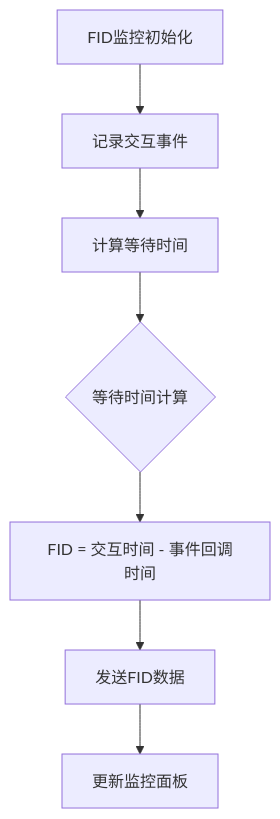
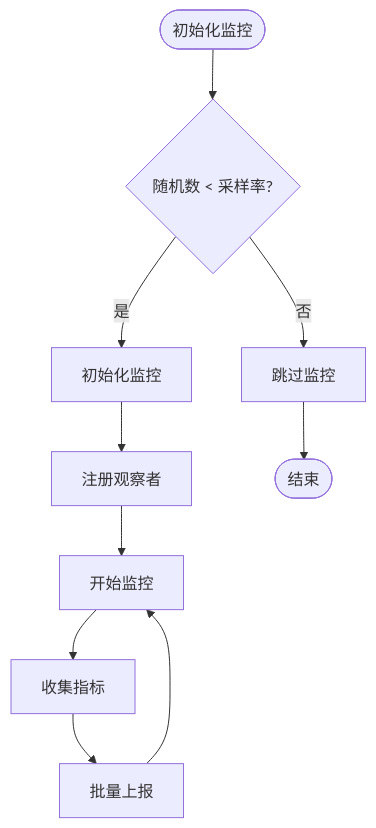
Before and after one commit to UnicornXU/knowledge-base: the seventh of 9 diagrams in .qoder/repowiki/zh/content/前端性能优化/性能监控.md, drawn with Mermaid. The commit also changed other lines of this file and 8 other files, not shown here.

````diff
--- a/.qoder/repowiki/zh/content/前端性能优化/性能监控.md
+++ b/.qoder/repowiki/zh/content/前端性能优化/性能监控.md
@@ -187,9 +278,12 @@
 ```mermaid
 flowchart TD
-A[FID监控初始化] --> B[记录交互事件]
-B --> C[计算等待时间]
-C --> D{等待时间计算}
-D --> E[FID = 交互时间 - 事件回调时间]
-E --> F[发送FID数据]
-F --> G[更新监控面板]
+Start([初始化监控]) --> SampleCheck{随机数 < 采样率?}
+SampleCheck --> |是| InitMonitor[初始化监控]
+SampleCheck --> |否| SkipMonitor[跳过监控]
+InitMonitor --> RegisterObservers[注册观察者]
+RegisterObservers --> StartMonitoring[开始监控]
+SkipMonitor --> End([结束])
+StartMonitoring --> CollectMetrics[收集指标]
+CollectMetrics --> BatchReport[批量上报]
+BatchReport --> StartMonitoring
 ```
````
